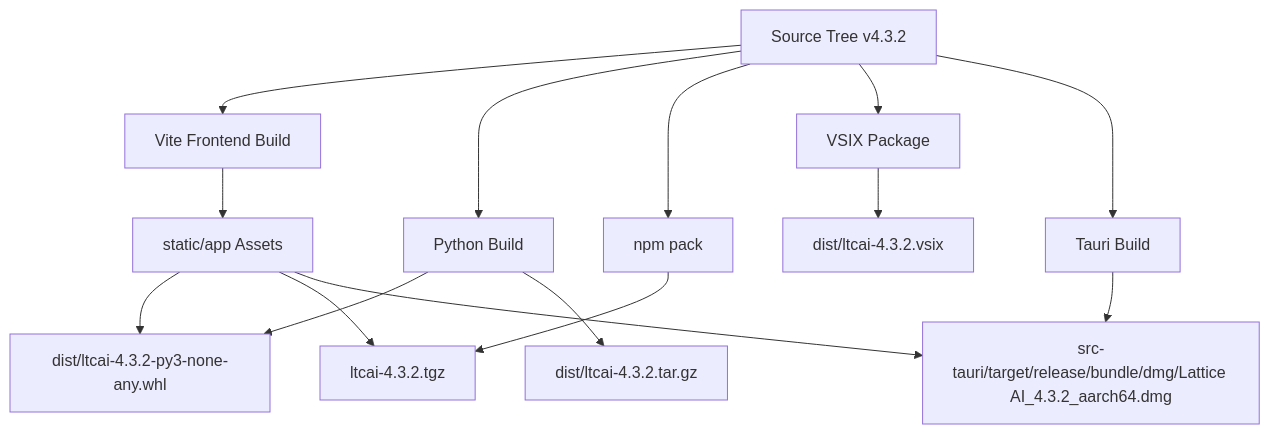
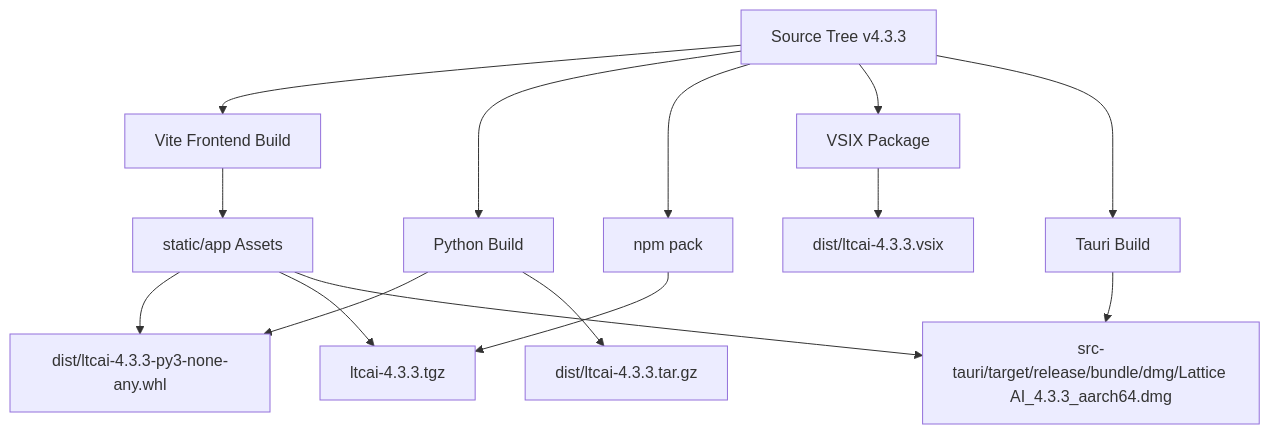
Diagram 12 of 13 in ARCHITECTURE.md (TaeSooPark-PTS/LatticeAI), drawn with Mermaid before and after one commit. The commit also changed other lines of this file and 26 other files, not shown here.

````diff
--- a/ARCHITECTURE.md
+++ b/ARCHITECTURE.md
@@ -331,18 +332,18 @@
 ```mermaid
 flowchart TB
-  Source["Source Tree v4.3.2"] --> FrontendBuild["Vite Frontend Build"]
+  Source["Source Tree v4.3.3"] --> FrontendBuild["Vite Frontend Build"]
   Source --> PythonBuild["Python Build"]
   Source --> NpmPack["npm pack"]
   Source --> VsixBuild["VSIX Package"]
   Source --> TauriBuild["Tauri Build"]
 
   FrontendBuild --> StaticAssets["static/app Assets"]
-  PythonBuild --> Wheel["dist/ltcai-4.3.2-py3-none-any.whl"]
-  PythonBuild --> Sdist["dist/ltcai-4.3.2.tar.gz"]
-  NpmPack --> Tgz["ltcai-4.3.2.tgz"]
-  VsixBuild --> Vsix["dist/ltcai-4.3.2.vsix"]
-  TauriBuild --> Dmg["src-tauri/target/release/bundle/dmg/Lattice AI_4.3.2_aarch64.dmg"]
+  PythonBuild --> Wheel["dist/ltcai-4.3.3-py3-none-any.whl"]
+  PythonBuild --> Sdist["dist/ltcai-4.3.3.tar.gz"]
+  NpmPack --> Tgz["ltcai-4.3.3.tgz"]
+  VsixBuild --> Vsix["dist/ltcai-4.3.3.vsix"]
+  TauriBuild --> Dmg["src-tauri/target/release/bundle/dmg/Lattice AI_4.3.3_aarch64.dmg"]
   StaticAssets --> Wheel
   StaticAssets --> Tgz
   StaticAssets --> Dmg
 ```
````
